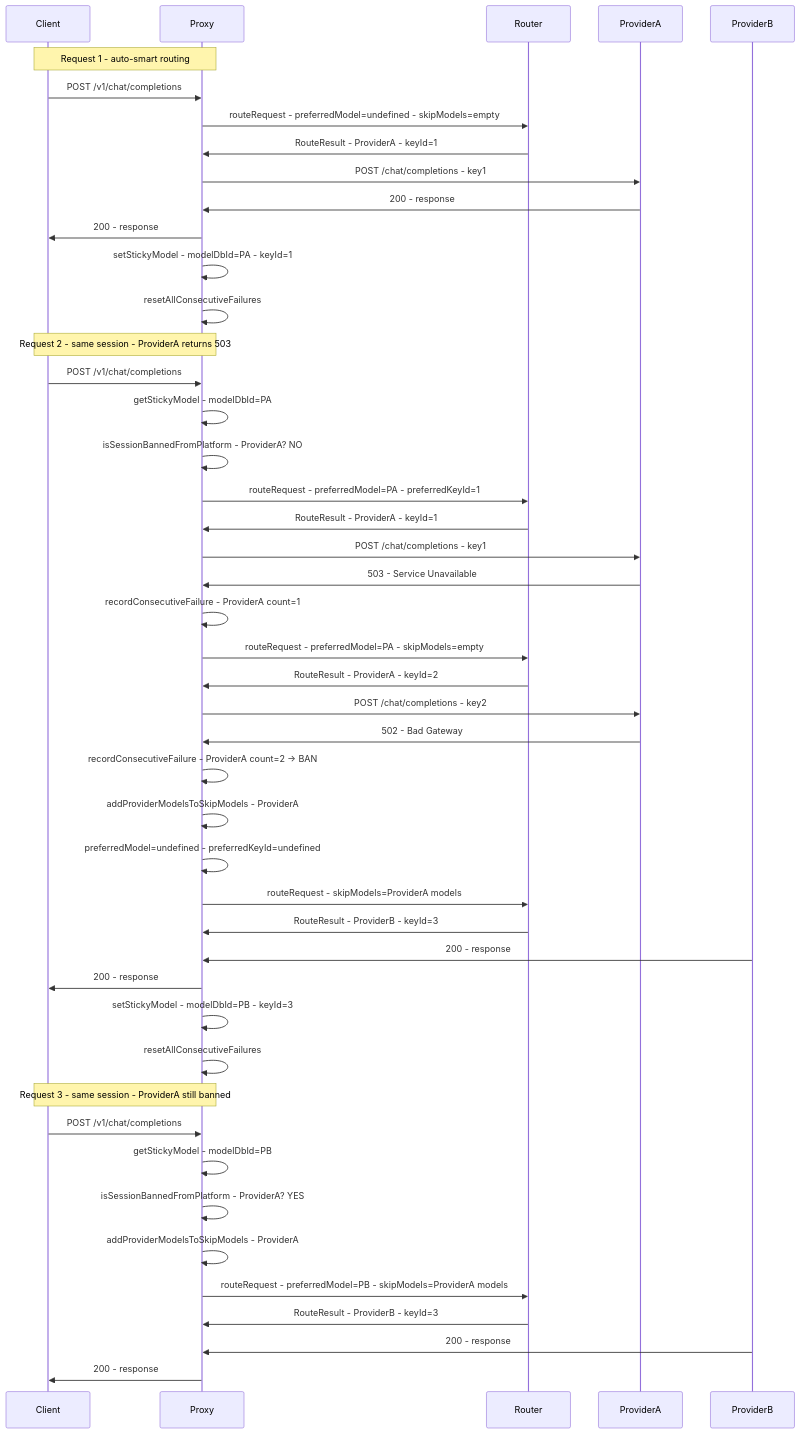
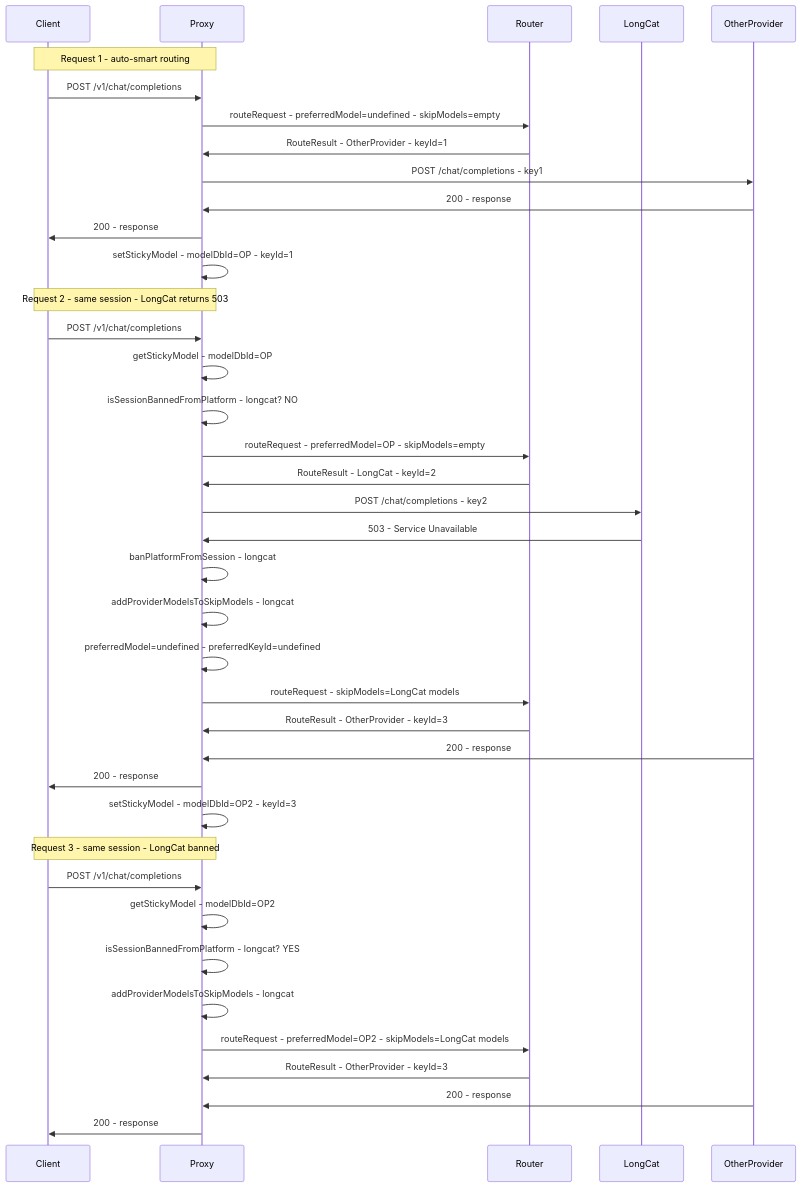
Before and after one commit to airi-os/api-llm-localhost: the third of 3 diagrams in .roo/specs/provider-5xx-session-ban/design.md, drawn with Mermaid. The commit also changed other lines of this file and 10 other files, not shown here.

````diff
--- a/.roo/specs/provider-5xx-session-ban/design.md
+++ b/.roo/specs/provider-5xx-session-ban/design.md
@@ -448,51 +248,44 @@
 ```mermaid
 sequenceDiagram
     participant Client
     participant Proxy
     participant Router
-    participant ProviderA
-    participant ProviderB
+    participant LongCat
+    participant OtherProvider
 
     Note over Client,Proxy: Request 1 - auto-smart routing
     Client->>Proxy: POST /v1/chat/completions
     Proxy->>Router: routeRequest - preferredModel=undefined - skipModels=empty
-    Router->>Proxy: RouteResult - ProviderA - keyId=1
-    Proxy->>ProviderA: POST /chat/completions - key1
-    ProviderA->>Proxy: 200 - response
+    Router->>Proxy: RouteResult - OtherProvider - keyId=1
+    Proxy->>OtherProvider: POST /chat/completions - key1
+    OtherProvider->>Proxy: 200 - response
     Proxy->>Client: 200 - response
-    Proxy->>Proxy: setStickyModel - modelDbId=PA - keyId=1
-    Proxy->>Proxy: resetAllConsecutiveFailures
+    Proxy->>Proxy: setStickyModel - modelDbId=OP - keyId=1
 
-    Note over Client,Proxy: Request 2 - same session - ProviderA returns 503
+    Note over Client,Proxy: Request 2 - same session - LongCat returns 503
     Client->>Proxy: POST /v1/chat/completions
-    Proxy->>Proxy: getStickyModel - modelDbId=PA
-    Proxy->>Proxy: isSessionBannedFromPlatform - ProviderA? NO
-    Proxy->>Router: routeRequest - preferredModel=PA - preferredKeyId=1
-    Router->>Proxy: RouteResult - ProviderA - keyId=1
-    Proxy->>ProviderA: POST /chat/completions - key1
-    ProviderA->>Proxy: 503 - Service Unavailable
-    Proxy->>Proxy: recordConsecutiveFailure - ProviderA count=1
-    Proxy->>Router: routeRequest - preferredModel=PA - skipModels=empty
-    Router->>Proxy: RouteResult - ProviderA - keyId=2
-    Proxy->>ProviderA: POST /chat/completions - key2
-    ProviderA->>Proxy: 502 - Bad Gateway
-    Proxy->>Proxy: recordConsecutiveFailure - ProviderA count=2 → BAN
-    Proxy->>Proxy: addProviderModelsToSkipModels - ProviderA
+    Proxy->>Proxy: getStickyModel - modelDbId=OP
+    Proxy->>Proxy: isSessionBannedFromPlatform - longcat? NO
+    Proxy->>Router: routeRequest - preferredModel=OP - skipModels=empty
+    Router->>Proxy: RouteResult - LongCat - keyId=2
+    Proxy->>LongCat: POST /chat/completions - key2
+    LongCat->>Proxy: 503 - Service Unavailable
+    Proxy->>Proxy: banPlatformFromSession - longcat
+    Proxy->>Proxy: addProviderModelsToSkipModels - longcat
     Proxy->>Proxy: preferredModel=undefined - preferredKeyId=undefined
-    Proxy->>Router: routeRequest - skipModels=ProviderA models
-    Router->>Proxy: RouteResult - ProviderB - keyId=3
-    ProviderB->>Proxy: 200 - response
+    Proxy->>Router: routeRequest - skipModels=LongCat models
+    Router->>Proxy: RouteResult - OtherProvider - keyId=3
+    OtherProvider->>Proxy: 200 - response
     Proxy->>Client: 200 - response
-    Proxy->>Proxy: setStickyModel - modelDbId=PB - keyId=3
-    Proxy->>Proxy: resetAllConsecutiveFailures
+    Proxy->>Proxy: setStickyModel - modelDbId=OP2 - keyId=3
 
-    Note over Client,Proxy: Request 3 - same session - ProviderA still banned
+    Note over Client,Proxy: Request 3 - same session - LongCat banned
     Client->>Proxy: POST /v1/chat/completions
-    Proxy->>Proxy: getStickyModel - modelDbId=PB
-    Proxy->>Proxy: isSessionBannedFromPlatform - ProviderA? YES
-    Proxy->>Proxy: addProviderModelsToSkipModels - ProviderA
-    Proxy->>Router: routeRequest - preferredModel=PB - skipModels=ProviderA models
-    Router->>Proxy: RouteResult - ProviderB - keyId=3
-    ProviderB->>Proxy: 200 - response
+    Proxy->>Proxy: getStickyModel - modelDbId=OP2
+    Proxy->>Proxy: isSessionBannedFromPlatform - longcat? YES
+    Proxy->>Proxy: addProviderModelsToSkipModels - longcat
+    Proxy->>Router: routeRequest - preferredModel=OP2 - skipModels=LongCat models
+    Router->>Proxy: RouteResult - OtherProvider - keyId=3
+    OtherProvider->>Proxy: 200 - response
     Proxy->>Client: 200 - response
 ```
````
